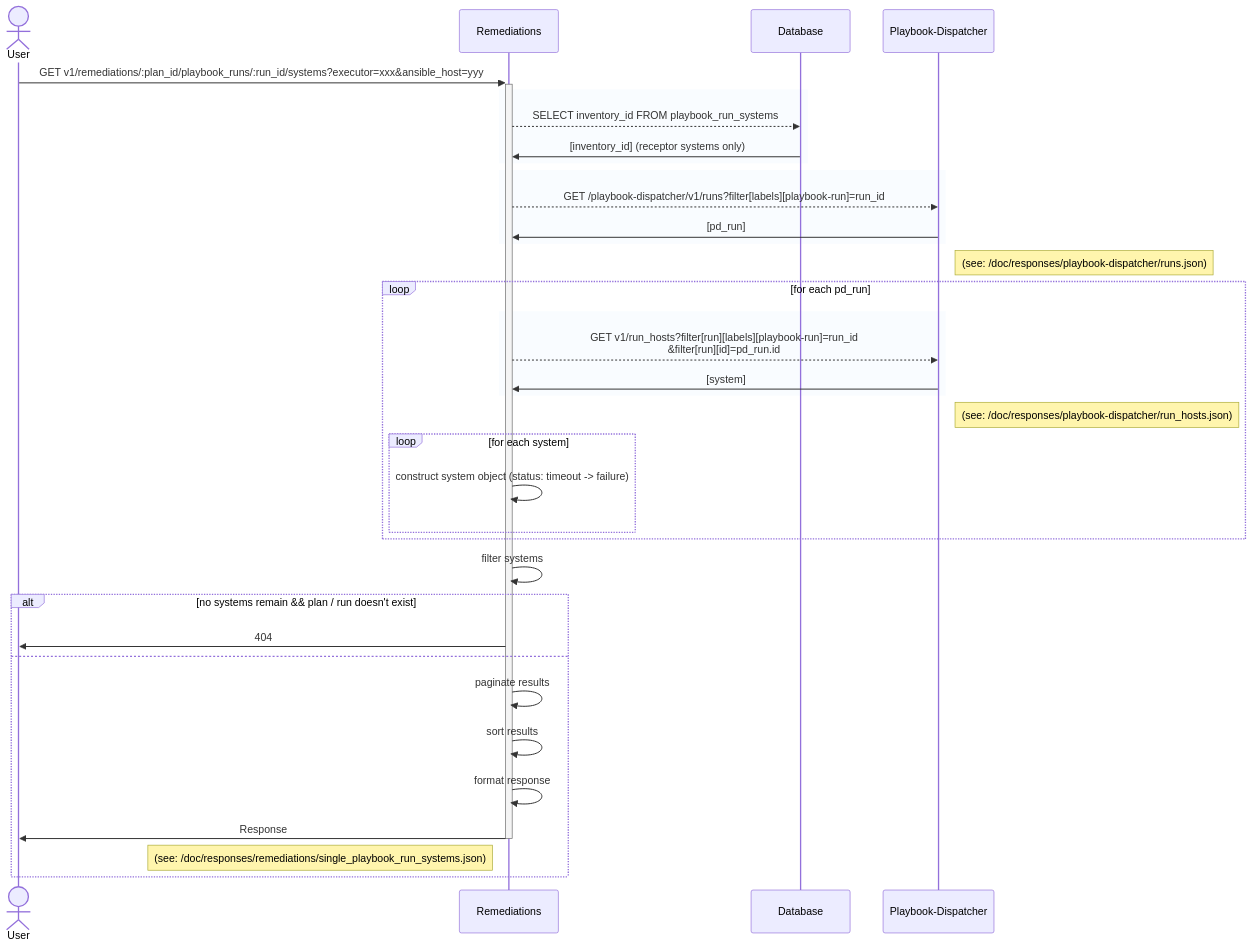
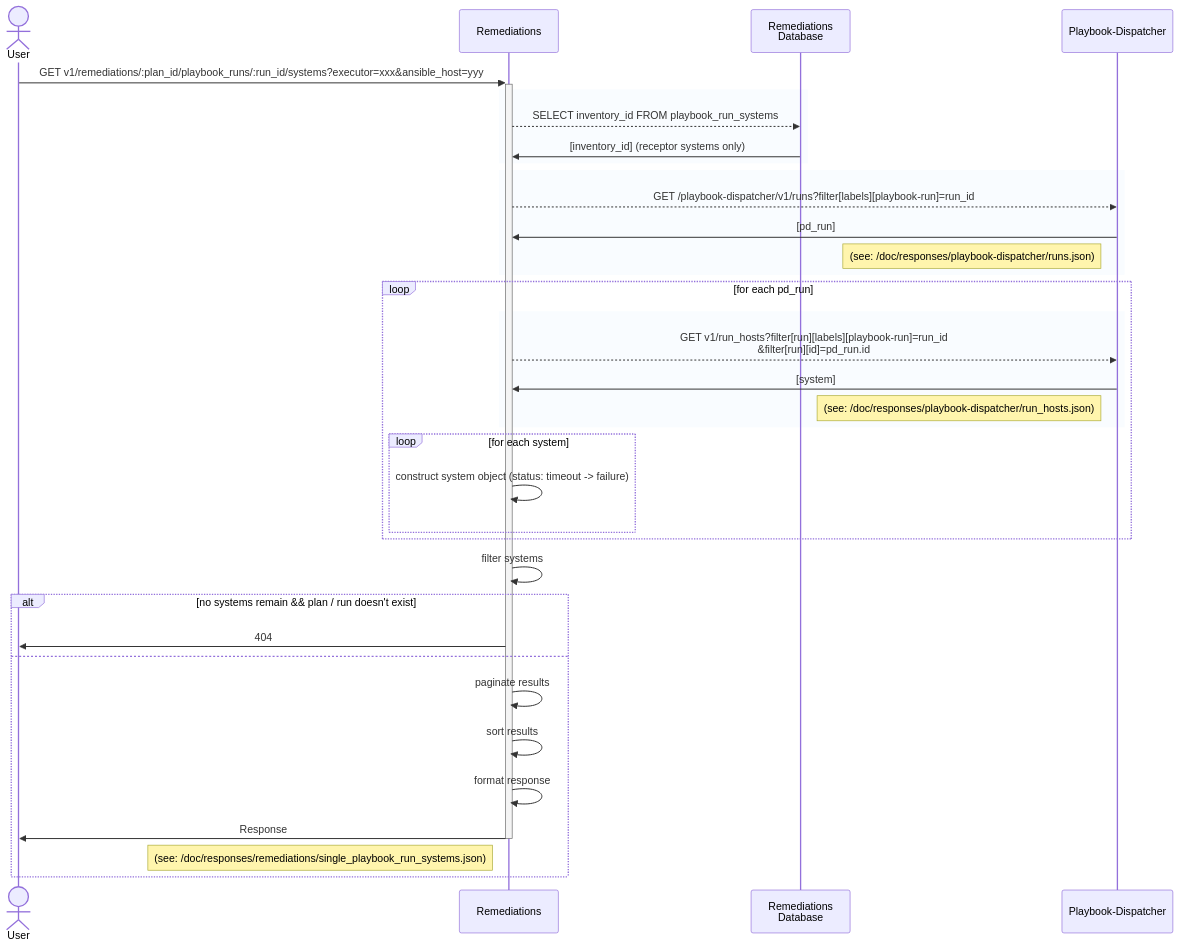
One commit to RedHatInsights/insights-remediations changed the diagram in doc/diagrams/v1/remediations/{plan_id}/playbook_runs/getSystems.md. Above: the diagram before and after it, drawn with Mermaid. The commit also changed 3 other files, not shown here.

Commit message:
Updated sequence diagram formatting

````diff
--- a/doc/diagrams/v1/remediations/{plan_id}/playbook_runs/getSystems.md
+++ b/doc/diagrams/v1/remediations/{plan_id}/playbook_runs/getSystems.md
@@ -19,38 +19,38 @@
 ```mermaid
 sequenceDiagram
     actor u as User
     participant rem as Remediations
-    participant db as Database
+    participant db as Remediations<br>Database
     participant pd as Playbook-Dispatcher
 
     u ->> + rem: GET v1/remediations/:plan_id/playbook_runs/:run_id/systems?executor=xxx&ansible_host=yyy
     rect rgba(191, 223, 255, .1)
        rem -->> db: SELECT inventory_id FROM playbook_run_systems
        db ->> rem: [inventory_id] (receptor systems only)
     end
     rect rgba(191, 223, 255, .1)
        rem -->> pd: GET /playbook-dispatcher/v1/runs?filter[labels][playbook-run]=run_id
        pd ->> rem: [pd_run]
+       note left of pd: (see: /doc/responses/playbook-dispatcher/runs.json)
     end
-    note right of pd: (see: /doc/responses/playbook-dispatcher/runs.json)
     loop for each pd_run
         rect rgba(191, 223, 255, .1)
            rem -->> pd: GET v1/run_hosts?filter[run][labels][playbook-run]=run_id<br/>&filter[run][id]=pd_run.id
            pd ->> rem: [system]
+           note left of pd: (see: /doc/responses/playbook-dispatcher/run_hosts.json)
         end
-        note right of pd: (see: /doc/responses/playbook-dispatcher/run_hosts.json)
         loop for each system
             rem ->> rem: construct system object (status: timeout -> failure)
         end
     end
     rem ->> rem: filter systems
     alt no systems remain && plan / run doesn't exist
         rem ->> u: 404
     else
        rem ->> rem: paginate results
        rem ->> rem: sort results
        rem ->> rem: format response
        rem ->> - u: Response
        note left of rem: (see: /doc/responses/remediations/single_playbook_run_systems.json)
     end
 ```
````
